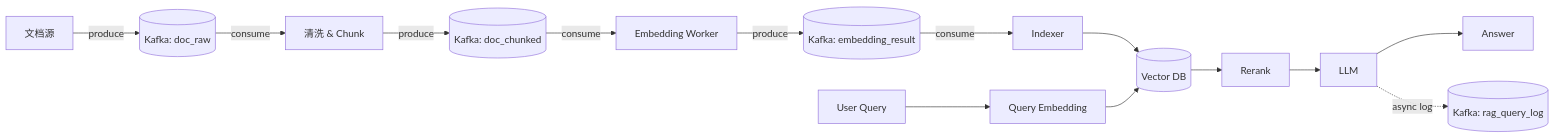
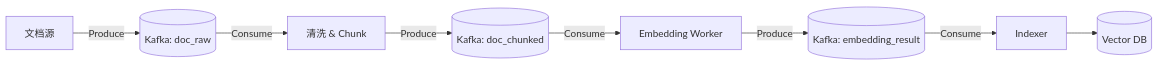
Before and after one commit to edwin98/Obsidian-Notes: the diagram in 技术八股.md, drawn with Mermaid. The commit also changed other lines of this file and 3 other files, not shown here.

````diff
--- a/技术八股.md
+++ b/技术八股.md
@@ -293,19 +219,10 @@
 ```mermaid
 flowchart LR
-    A[文档源] -->|produce| K1[(Kafka: doc_raw)]
-    K1 -->|consume| B[清洗 & Chunk]
-    B -->|produce| K2[(Kafka: doc_chunked)]
-    K2 -->|consume| C[Embedding Worker]
-    C -->|produce| K3[(Kafka: embedding_result)]
-    K3 -->|consume| D[Indexer]
+    A[文档源] -->|Produce| K1[(Kafka: doc_raw)]
+    K1 -->|Consume| B[清洗 & Chunk]
+    B -->|Produce| K2[(Kafka: doc_chunked)]
+    K2 -->|Consume| C[Embedding Worker]
+    C -->|Produce| K3[(Kafka: embedding_result)]
+    K3 -->|Consume| D[Indexer]
     D --> E[(Vector DB)]
-
-    Q[User Query] --> F[Query Embedding]
-    F --> E
-    E --> G[Rerank]
-    G --> H[LLM]
-    H --> R[Answer]
-
-    H -. async log .-> K4[(Kafka: rag_query_log)]
-
 ```
````
